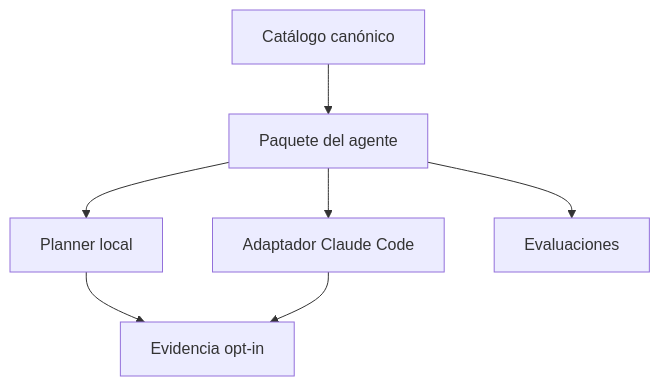
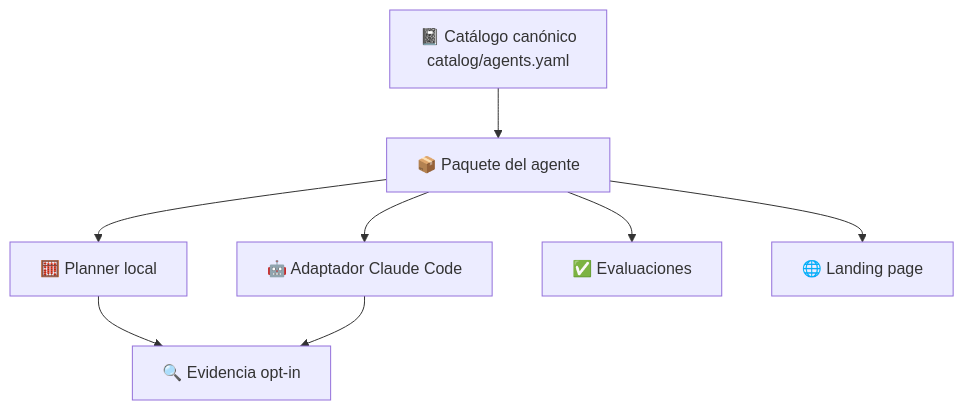
Before and after one commit to vladimiracunadev-create/operational-ai-agents: the first of 3 diagrams in docs/ARCHITECTURE.md, drawn with Mermaid. The commit also changed other lines of this file and 92 other files, not shown here.

````diff
--- a/docs/ARCHITECTURE.md
+++ b/docs/ARCHITECTURE.md
@@ -7,9 +17,10 @@
 ```mermaid
 flowchart TD
-    Catalog[Catálogo canónico] --> Package[Paquete del agente]
-    Package --> Claude[Adaptador Claude Code]
-    Package --> Planner[Planner local]
-    Package --> Eval[Evaluaciones]
-    Planner --> Evidence[Evidencia opt-in]
+    Catalog["📓 Catálogo canónico<br/>catalog/agents.yaml"] --> Package["📦 Paquete del agente"]
+    Package --> Claude["🤖 Adaptador Claude Code"]
+    Package --> Planner["🧮 Planner local"]
+    Package --> Eval["✅ Evaluaciones"]
+    Package --> Site["🌐 Landing page"]
+    Planner --> Evidence["🔍 Evidencia opt-in"]
     Claude --> Evidence
 ```
````
